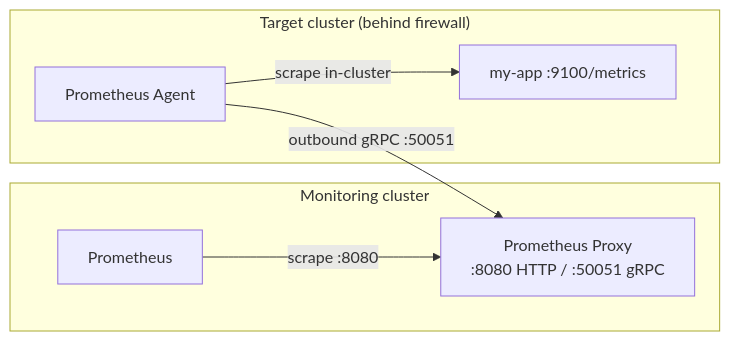
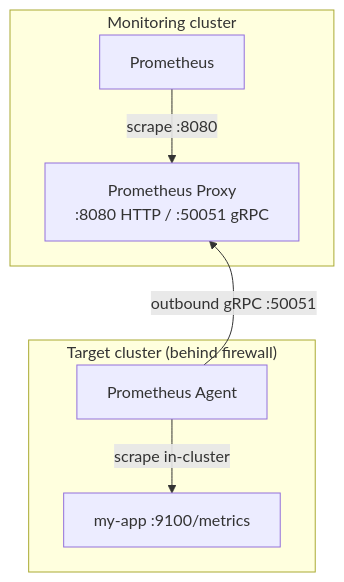
The diagram in website/prometheus-proxy/docs/kubernetes.md (pambrose/prometheus-proxy), drawn with Mermaid before and after one commit. The commit also changed 18 other files, not shown here.

First line of the commit message:
Draw the docs' diagrams readable, set the reading measure, and serve the lightbox from the site (#535)

````diff
--- a/website/prometheus-proxy/docs/kubernetes.md
+++ b/website/prometheus-proxy/docs/kubernetes.md
@@ -20,16 +20,19 @@
 ```mermaid
-flowchart LR
+flowchart TB
   subgraph monitoring["Monitoring cluster"]
     prom["Prometheus"]
     proxy["Prometheus Proxy<br/>:8080 HTTP / :50051 gRPC"]
     prom -- "scrape :8080" --> proxy
   end
 
   subgraph target["Target cluster (behind firewall)"]
     agent["Prometheus Agent"]
     app["my-app :9100/metrics"]
     agent -- "scrape in-cluster" --> app
   end
 
+  %% The agent connects out to the proxy, so its arrow points back up. The invisible link keeps the monitoring
+  %% cluster above the target one, as on the other pages.
+  proxy ~~~ agent
   agent -- "outbound gRPC :50051" --> proxy
 ```
````
